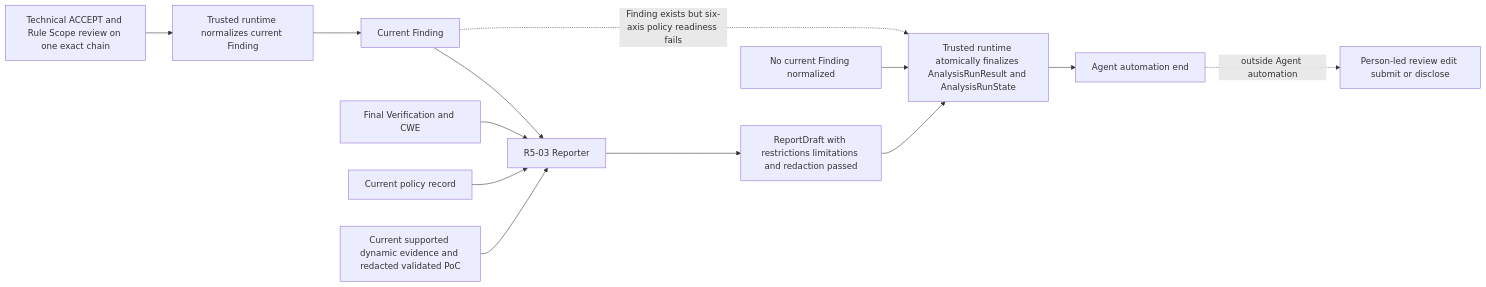
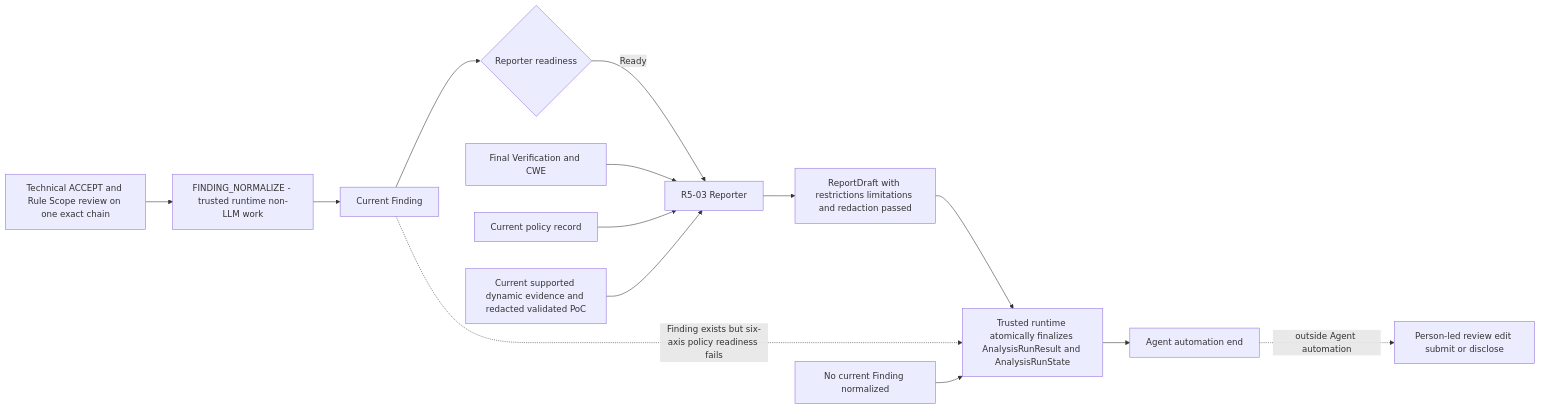
One commit to SASTsimi/sastsimi changed diagram 13 of 13 in docs/architecture-v5/13-architecture-diagrams.md. Above: the diagram before and after it, drawn with Mermaid. The commit also changed other lines of this file and 8 other files, not shown here.

Commit message:
docs: address R7 review for Finding lifecycle

````diff
--- a/docs/architecture-v5/13-architecture-diagrams.md
+++ b/docs/architecture-v5/13-architecture-diagrams.md
@@ -442,15 +442,16 @@
 ```mermaid
 flowchart LR
-    GATES[Technical ACCEPT and Rule Scope review on one exact chain] --> NORM[Trusted runtime normalizes current Finding]
+    GATES[Technical ACCEPT and Rule Scope review on one exact chain] --> NORM[FINDING_NORMALIZE - trusted runtime non-LLM work]
     NORM --> FIND[Current Finding]
-    FIND --> REPORTER[R5-03 Reporter]
+    FIND --> READYF{Reporter readiness}
+    READYF -->|Ready| REPORTER[R5-03 Reporter]
     VERIFY[Final Verification and CWE] --> REPORTER
     POLICY[Current policy record] --> REPORTER
     DYNAMIC[Current supported dynamic evidence and redacted validated PoC] --> REPORTER
     REPORTER --> DRAFT[ReportDraft with restrictions limitations and redaction passed]
     DRAFT --> FINAL[Trusted runtime atomically finalizes AnalysisRunResult and AnalysisRunState]
     FIND -. Finding exists but six-axis policy readiness fails .-> FINAL
     BLOCKED[No current Finding normalized] --> FINAL
     FINAL --> END[Agent automation end]
     END -. outside Agent automation .-> HUMAN[Person-led review edit submit or disclose]
 ```
````
